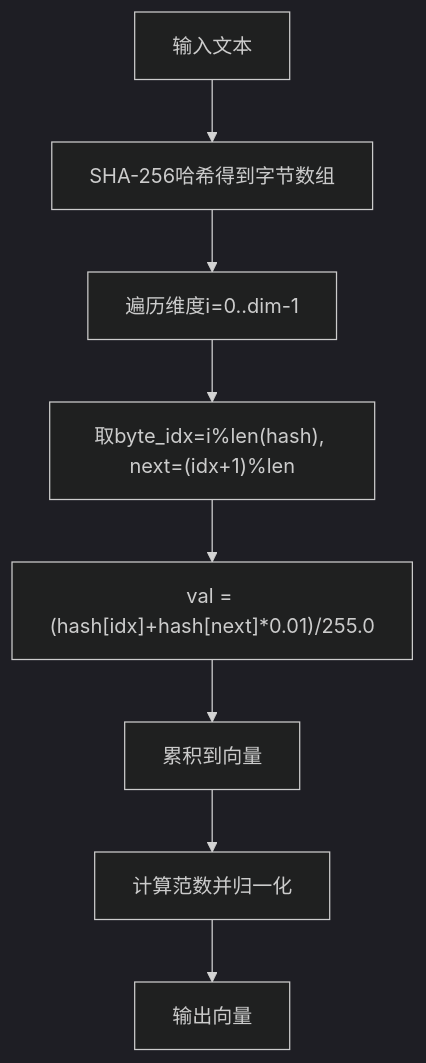
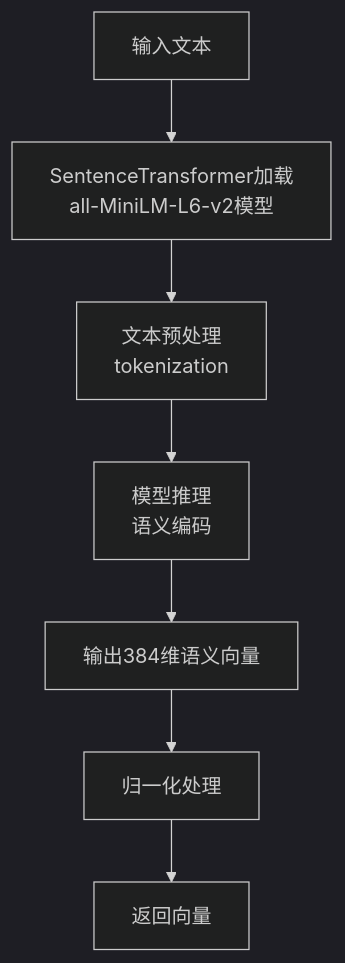
One commit to boyingliu01/fault-review-analyzer changed the fifth of 7 diagrams in .qoder/repowiki/zh/content/核心架构/核心组件/嵌入向量生成器.md. Above: the diagram before and after it, drawn with Mermaid (dark theme). The commit also changed other lines of this file and 125 other files, not shown here.

````diff
--- a/.qoder/repowiki/zh/content/核心架构/核心组件/嵌入向量生成器.md
+++ b/.qoder/repowiki/zh/content/核心架构/核心组件/嵌入向量生成器.md
@@ -289,10 +311,9 @@
 ```mermaid
 flowchart TD
-A["输入文本"] --> B["SHA-256哈希得到字节数组"]
-B --> C["遍历维度i=0..dim-1"]
-C --> D["取byte_idx=i%len(hash), next=(idx+1)%len"]
-D --> E["val = (hash[idx]+hash[next]*0.01)/255.0"]
-E --> F["累积到向量"]
-F --> G["计算范数并归一化"]
-G --> H["输出向量"]
+A["输入文本"] --> B["SentenceTransformer加载<br/>all-MiniLM-L6-v2模型"]
+B --> C["文本预处理<br/>tokenization"]
+C --> D["模型推理<br/>语义编码"]
+D --> E["输出384维语义向量"]
+E --> F["归一化处理"]
+F --> G["返回向量"]
 ```
````
